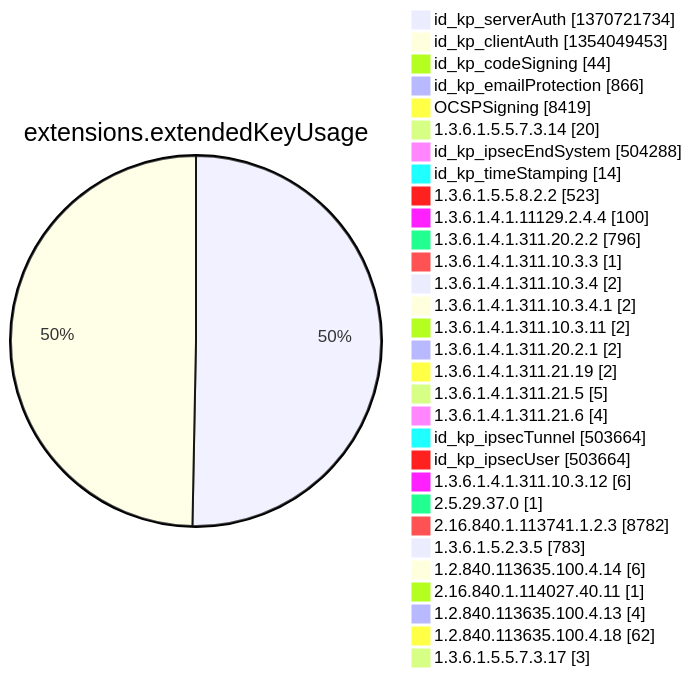
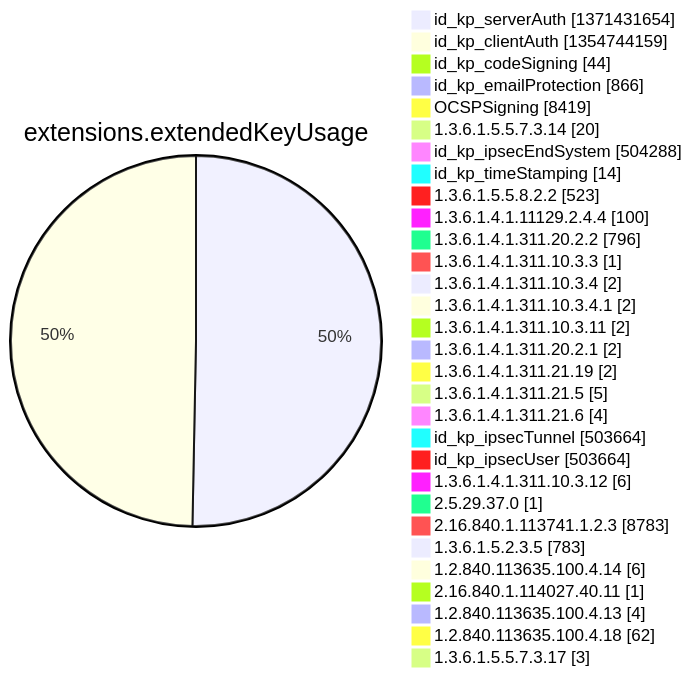
Before and after one commit to christiankrug/ctmonitor_visualization: diagram 12 of 15 in argon2022/README.md, drawn with Mermaid. The commit also changed other lines of this file, not shown here.

````diff
--- a/argon2022/README.md
+++ b/argon2022/README.md
@@ -3553,34 +3553,34 @@
 ```mermaid
 pie showData
 title extensions.extendedKeyUsage
-"id_kp_serverAuth" :1370721734
-"id_kp_clientAuth" :1354049453
+"id_kp_serverAuth" :1371431654
+"id_kp_clientAuth" :1354744159
 "id_kp_codeSigning" :44
 "id_kp_emailProtection" :866
 "OCSPSigning" :8419
 "1.3.6.1.5.5.7.3.14" :20
 "id_kp_ipsecEndSystem" :504288
 "id_kp_timeStamping" :14
 "1.3.6.1.5.5.8.2.2" :523
 "1.3.6.1.4.1.11129.2.4.4" :100
 "1.3.6.1.4.1.311.20.2.2" :796
 "1.3.6.1.4.1.311.10.3.3" :1
 "1.3.6.1.4.1.311.10.3.4" :2
 "1.3.6.1.4.1.311.10.3.4.1" :2
 "1.3.6.1.4.1.311.10.3.11" :2
 "1.3.6.1.4.1.311.20.2.1" :2
 "1.3.6.1.4.1.311.21.19" :2
 "1.3.6.1.4.1.311.21.5" :5
 "1.3.6.1.4.1.311.21.6" :4
 "id_kp_ipsecTunnel" :503664
 "id_kp_ipsecUser" :503664
 "1.3.6.1.4.1.311.10.3.12" :6
 "2.5.29.37.0" :1
-"2.16.840.1.113741.1.2.3" :8782
+"2.16.840.1.113741.1.2.3" :8783
 "1.3.6.1.5.2.3.5" :783
 "1.2.840.113635.100.4.14" :6
 "2.16.840.1.114027.40.11" :1
 "1.2.840.113635.100.4.13" :4
 "1.2.840.113635.100.4.18" :62
 "1.3.6.1.5.5.7.3.17" :3
 ```
````
